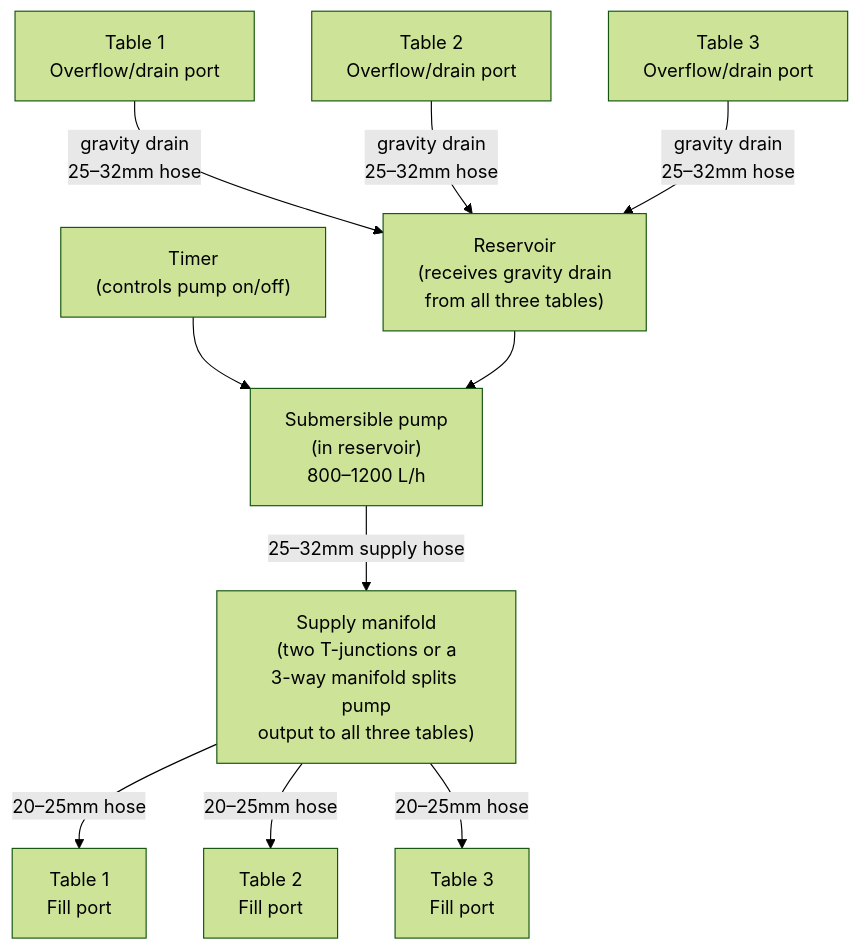
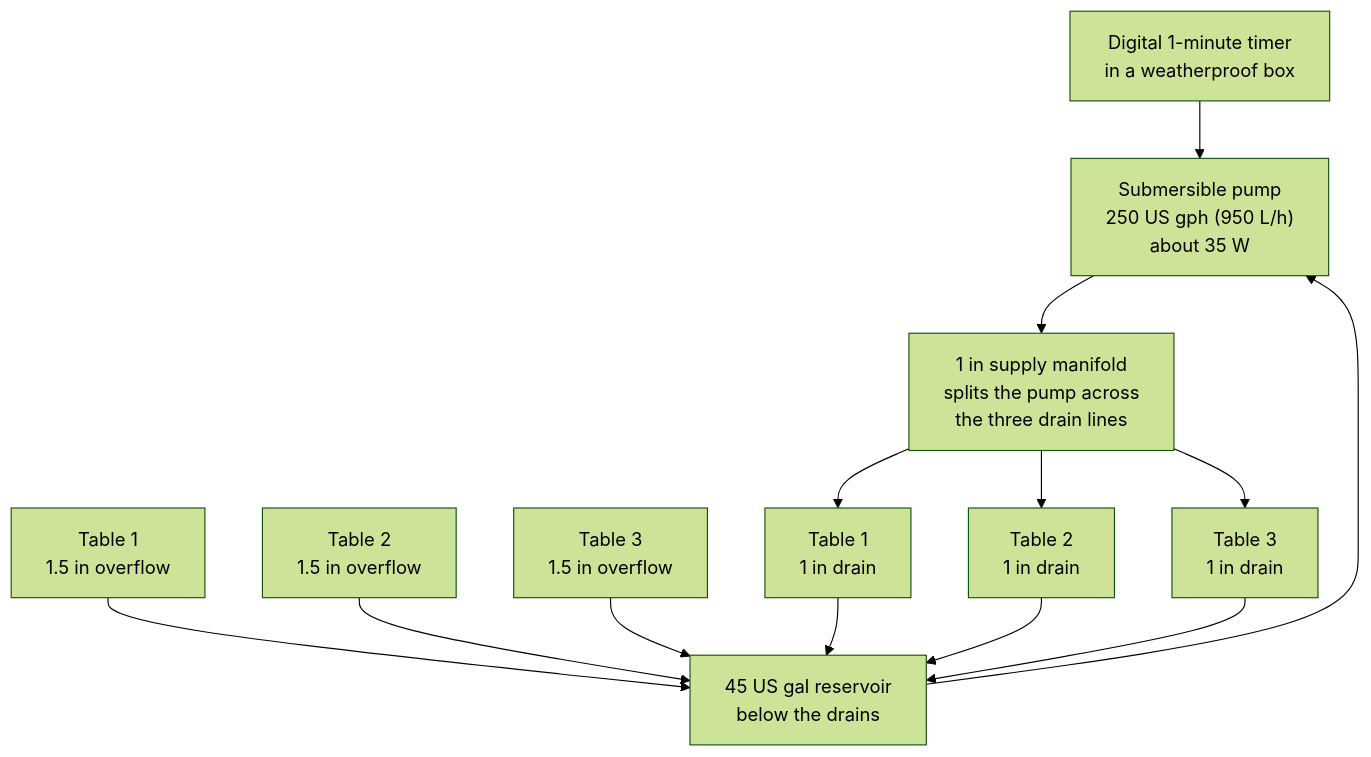
The seventh of 8 diagrams in guide/ebb-and-flow/11-build-guide.md (UncleJS/guide_hydroponics), drawn with Mermaid (forest theme) before and after one commit. The commit also changed other lines of this file and 35 other files, not shown here.

````diff
--- a/guide/ebb-and-flow/11-build-guide.md
+++ b/guide/ebb-and-flow/11-build-guide.md
@@ -558,23 +550,26 @@
 ```mermaid
 flowchart TD
-    PUMP["Submersible pump<br/>(in reservoir)<br/>800–1200 L/h"]
-    TIMER["Timer<br/>(controls pump on/off)"]
-    SPLITTER["Supply manifold<br/>(two T-junctions or a<br/>3-way manifold splits pump<br/>output to all three tables)"]
-    T1FP["Table 1<br/>Fill port"]
-    T2FP["Table 2<br/>Fill port"]
-    T3FP["Table 3<br/>Fill port"]
-    T1OP["Table 1<br/>Overflow/drain port"]
-    T2OP["Table 2<br/>Overflow/drain port"]
-    T3OP["Table 3<br/>Overflow/drain port"]
-    RES["Reservoir<br/>(receives gravity drain<br/>from all three tables)"]
+    PUMP["Submersible pump<br/>250 US gph (950 L/h)<br/>about 35 W"]
+    TIMER["Digital 1-minute timer<br/>in a weatherproof box"]
+    SPLITTER["1 in supply manifold<br/>splits the pump across<br/>the three drain lines"]
+    T1D["Table 1<br/>1 in drain"]
+    T2D["Table 2<br/>1 in drain"]
+    T3D["Table 3<br/>1 in drain"]
+    T1O["Table 1<br/>1.5 in overflow"]
+    T2O["Table 2<br/>1.5 in overflow"]
+    T3O["Table 3<br/>1.5 in overflow"]
+    RES["45 US gal reservoir<br/>below the drains"]
 
     TIMER --> PUMP
-    PUMP -->|"25–32mm supply hose"| SPLITTER
-    SPLITTER -->|"20–25mm hose"| T1FP
-    SPLITTER -->|"20–25mm hose"| T2FP
-    SPLITTER -->|"20–25mm hose"| T3FP
-    T1OP -->|"gravity drain<br/>25–32mm hose"| RES
-    T2OP -->|"gravity drain<br/>25–32mm hose"| RES
-    T3OP -->|"gravity drain<br/>25–32mm hose"| RES
+    PUMP --> SPLITTER
+    SPLITTER --> T1D
+    SPLITTER --> T2D
+    SPLITTER --> T3D
+    T1O --> RES
+    T2O --> RES
+    T3O --> RES
+    T1D --> RES
+    T2D --> RES
+    T3D --> RES
     RES --> PUMP
 ```
````
